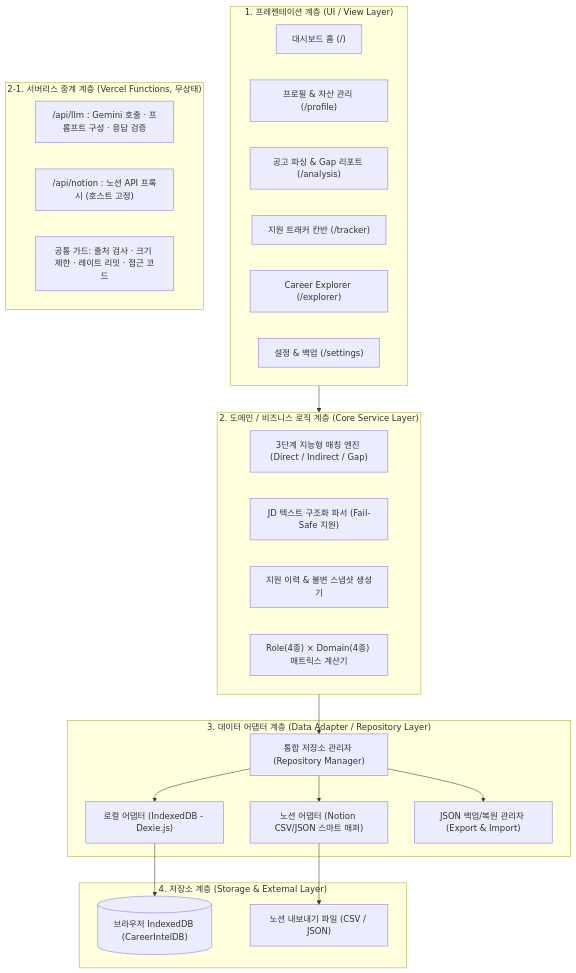
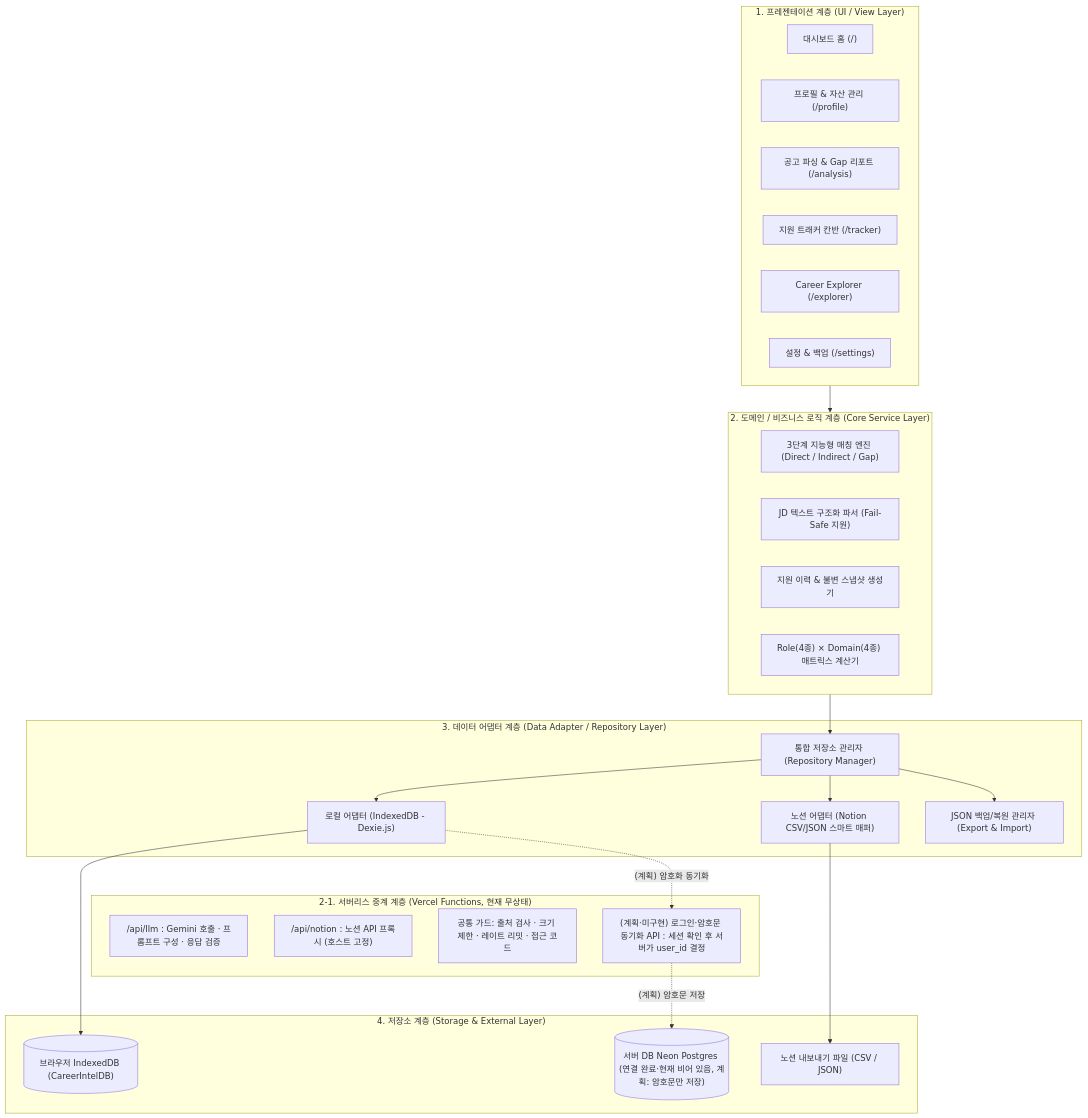
The diagram in docs/ARCHITECTURE.md (finneKIM/career-intelligence), drawn with Mermaid before and after one commit. The commit also changed other lines of this file and 9 other files, not shown here.

````diff
--- a/docs/ARCHITECTURE.md
+++ b/docs/ARCHITECTURE.md
@@ -20,44 +20,48 @@
 ```mermaid
 flowchart TD
     subgraph UI ["1. 프레젠테이션 계층 (UI / View Layer)"]
         Dashboard["대시보드 홈 (/)"]
         ProfileView["프로필 & 자산 관리 (/profile)"]
         AnalysisView["공고 파싱 & Gap 리포트 (/analysis)"]
         TrackerView["지원 트래커 칸반 (/tracker)"]
         ExplorerView["Career Explorer (/explorer)"]
         SettingsView["설정 & 백업 (/settings)"]
     end
 
     subgraph Service ["2. 도메인 / 비즈니스 로직 계층 (Core Service Layer)"]
         MatchingEngine["3단계 지능형 매칭 엔진 (Direct / Indirect / Gap)"]
         JDParser["JD 텍스트 구조화 파서 (Fail-Safe 지원)"]
         SnapshotService["지원 이력 & 불변 스냅샷 생성기"]
         ExplorerEngine["Role(4종) × Domain(4종) 매트릭스 계산기"]
     end
 
-    subgraph Serverless ["2-1. 서버리스 중계 계층 (Vercel Functions, 무상태)"]
+    subgraph Serverless ["2-1. 서버리스 중계 계층 (Vercel Functions, 현재 무상태)"]
         ApiLlm["/api/llm : Gemini 호출 · 프롬프트 구성 · 응답 검증"]
         ApiNotion["/api/notion : 노션 API 프록시 (호스트 고정)"]
         Guard["공통 가드: 출처 검사 · 크기 제한 · 레이트 리밋 · 접근 코드"]
+        ApiSync["(계획·미구현) 로그인·암호문 동기화 API : 세션 확인 후 서버가 user_id 결정"]
     end
 
     subgraph Adapter ["3. 데이터 어댑터 계층 (Data Adapter / Repository Layer)"]
         RepoManager["통합 저장소 관리자 (Repository Manager)"]
         DexieAdapter["로컬 어댑터 (IndexedDB - Dexie.js)"]
         NotionAdapter["노션 어댑터 (Notion CSV/JSON 스마트 매퍼)"]
         BackupAdapter["JSON 백업/복원 관리자 (Export & Import)"]
     end
 
     subgraph Storage ["4. 저장소 계층 (Storage & External Layer)"]
         LocalIDB[("브라우저 IndexedDB (CareerIntelDB)")]
         NotionFiles["노션 내보내기 파일 (CSV / JSON)"]
+        NeonDB[("서버 DB Neon Postgres (연결 완료·현재 비어 있음, 계획: 암호문만 저장)")]
     end
 
     UI --> Service
     Service --> RepoManager
     RepoManager --> DexieAdapter
     RepoManager --> NotionAdapter
     RepoManager --> BackupAdapter
     DexieAdapter --> LocalIDB
     NotionAdapter --> NotionFiles
+    DexieAdapter -.->|"(계획) 암호화 동기화"| ApiSync
+    ApiSync -.->|"(계획) 암호문 저장"| NeonDB
 ```
````
